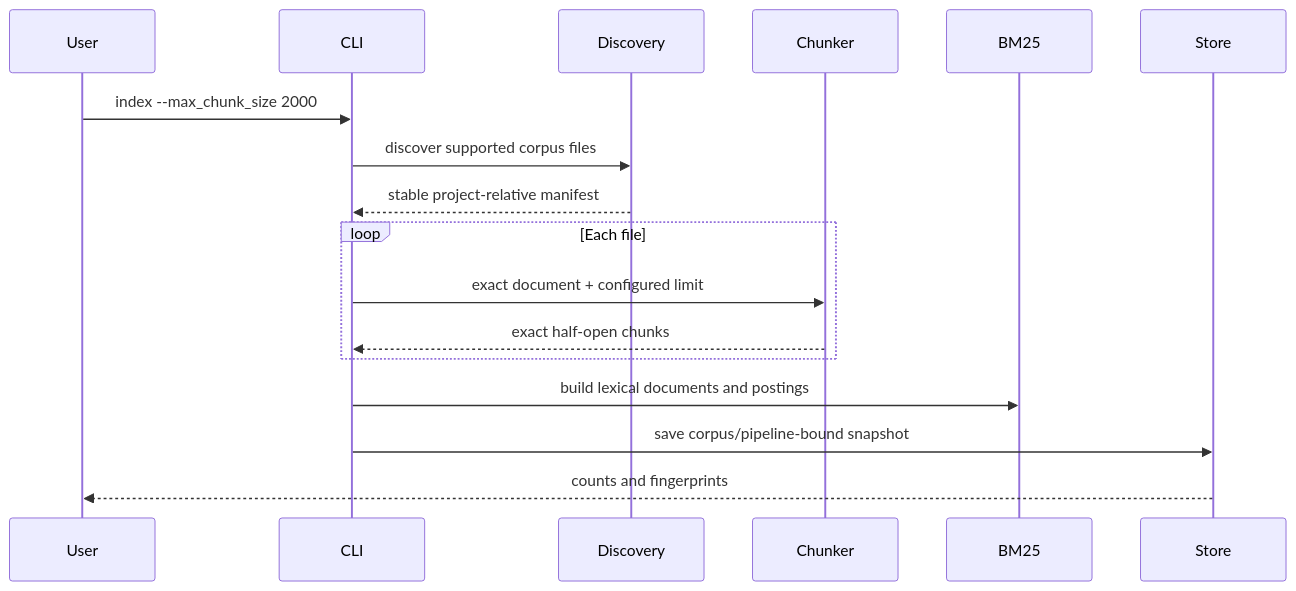
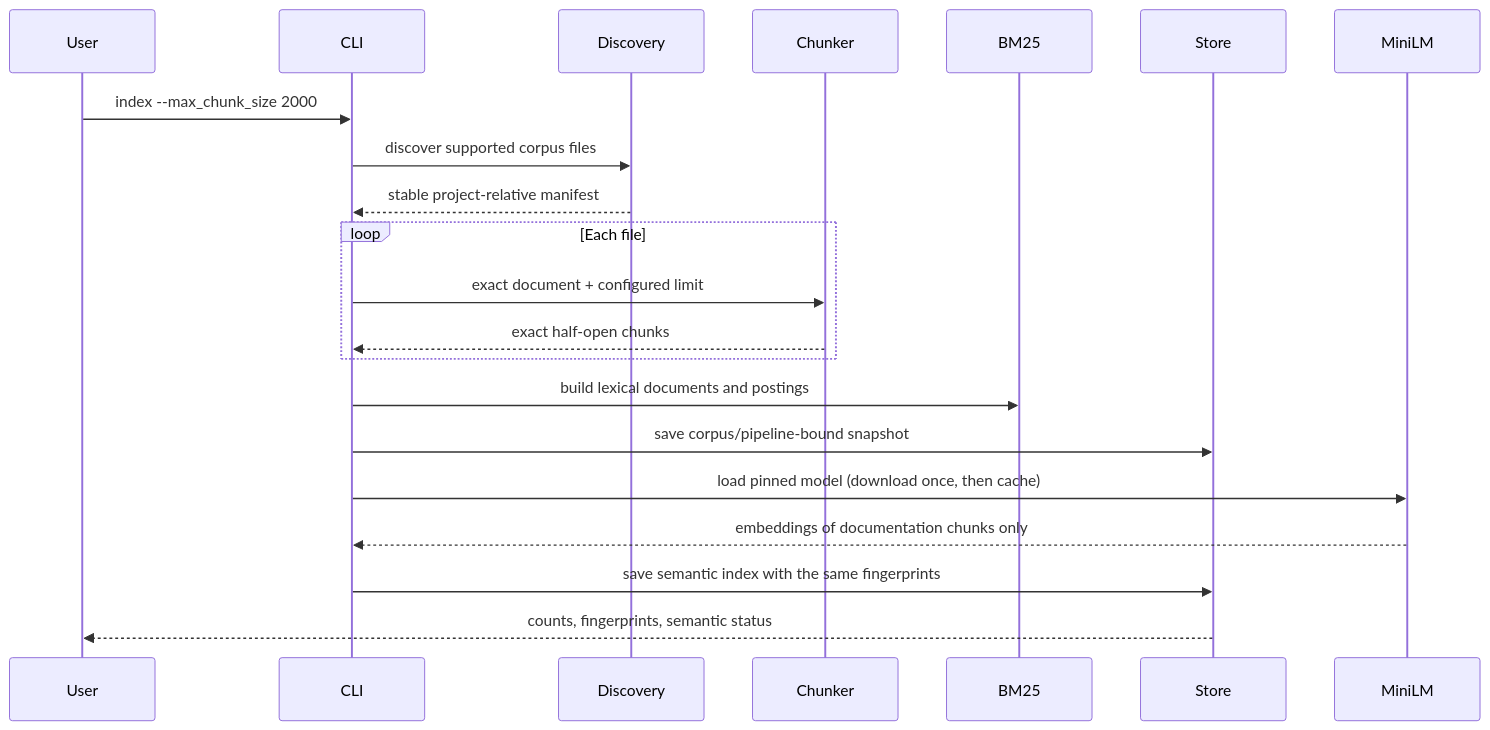
One commit to MariiaLagutina/RAG changed the second of 6 diagrams in docs/architecture.md. Above: the diagram before and after it, drawn with Mermaid. The commit also changed other lines of this file and 2 other files, not shown here.

Commit message:
docs: describe hybrid Docs routing and documentation-only semantic indexing

````diff
--- a/docs/architecture.md
+++ b/docs/architecture.md
@@ -79,20 +89,24 @@
 ```mermaid
 sequenceDiagram
     participant User
     participant CLI
     participant Discovery
     participant Chunker
     participant BM25
     participant Store
+    participant MiniLM
 
     User->>CLI: index --max_chunk_size 2000
     CLI->>Discovery: discover supported corpus files
     Discovery-->>CLI: stable project-relative manifest
     loop Each file
         CLI->>Chunker: exact document + configured limit
         Chunker-->>CLI: exact half-open chunks
     end
     CLI->>BM25: build lexical documents and postings
     CLI->>Store: save corpus/pipeline-bound snapshot
-    Store-->>User: counts and fingerprints
+    CLI->>MiniLM: load pinned model (download once, then cache)
+    MiniLM-->>CLI: embeddings of documentation chunks only
+    CLI->>Store: save semantic index with the same fingerprints
+    Store-->>User: counts, fingerprints, semantic status
 ```
````
